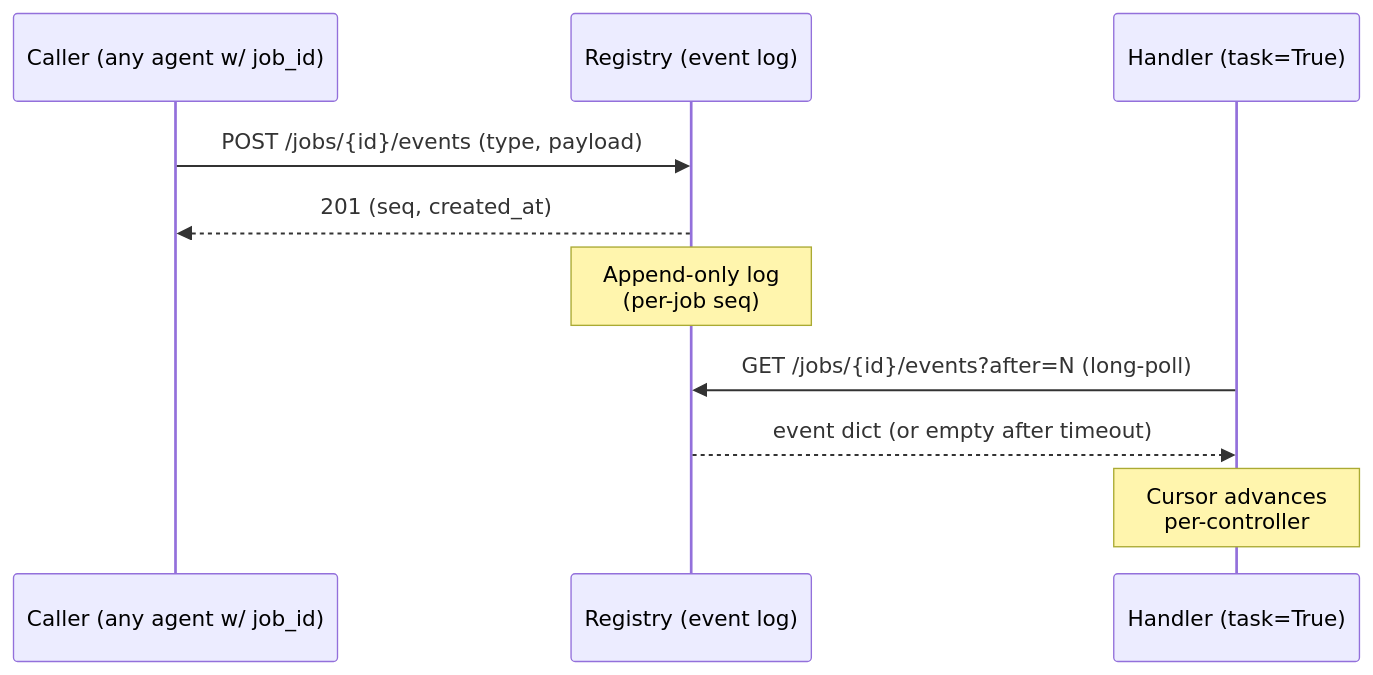
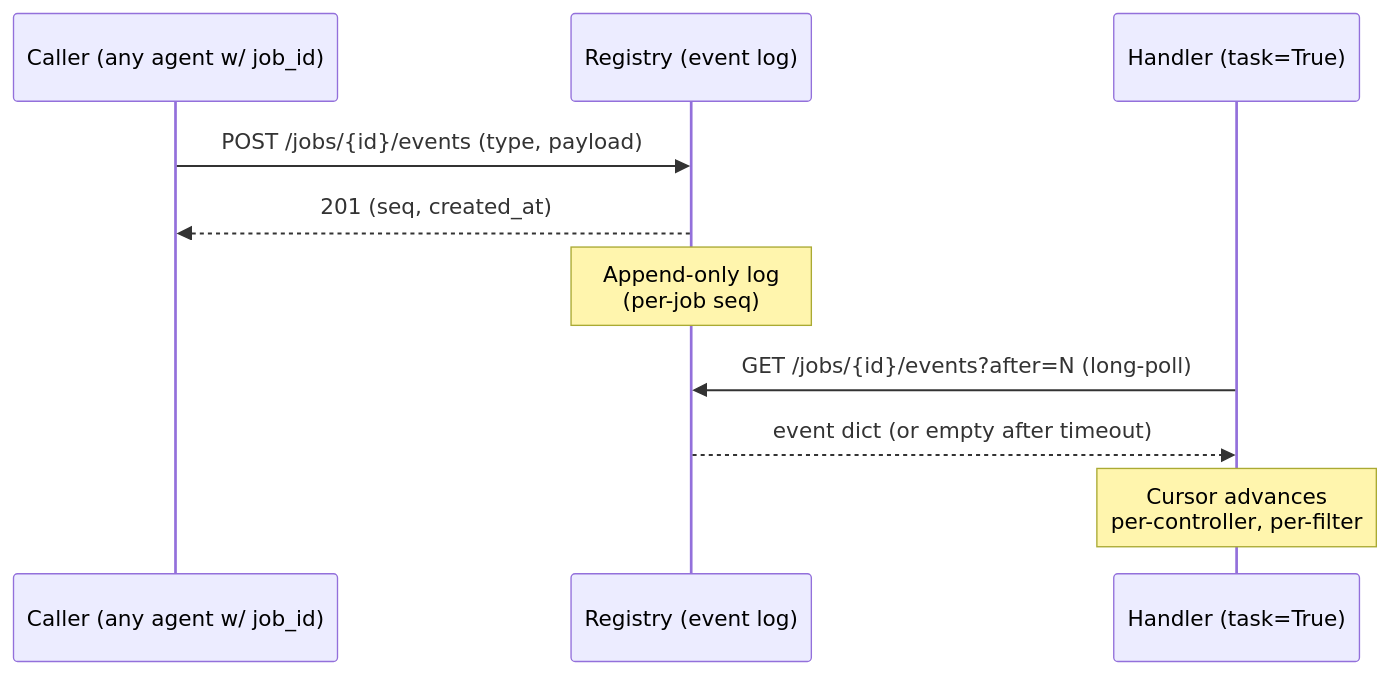
Before and after one commit to dhyansraj/mcp-mesh: the first of 2 diagrams in docs/concepts/jobs.md, drawn with Mermaid. The commit also changed other lines of this file and 24 other files, not shown here.

First line of the commit message:
feat(jobs): per-filter event cursors, multi-replica tests, lease docs (closes #1252) (#1254)

````diff
--- a/docs/concepts/jobs.md
+++ b/docs/concepts/jobs.md
@@ -556,13 +589,13 @@
 ```mermaid
 sequenceDiagram
     participant C as Caller (any agent w/ job_id)
     participant R as Registry (event log)
     participant H as Handler (task=True)
 
     C->>R: POST /jobs/{id}/events  (type, payload)
     R-->>C: 201 (seq, created_at)
     Note over R: Append-only log<br/>(per-job seq)
     H->>R: GET /jobs/{id}/events?after=N  (long-poll)
     R-->>H: event dict (or empty after timeout)
-    Note over H: Cursor advances<br/>per-controller
+    Note over H: Cursor advances<br/>per-controller, per-filter
 ```
````
